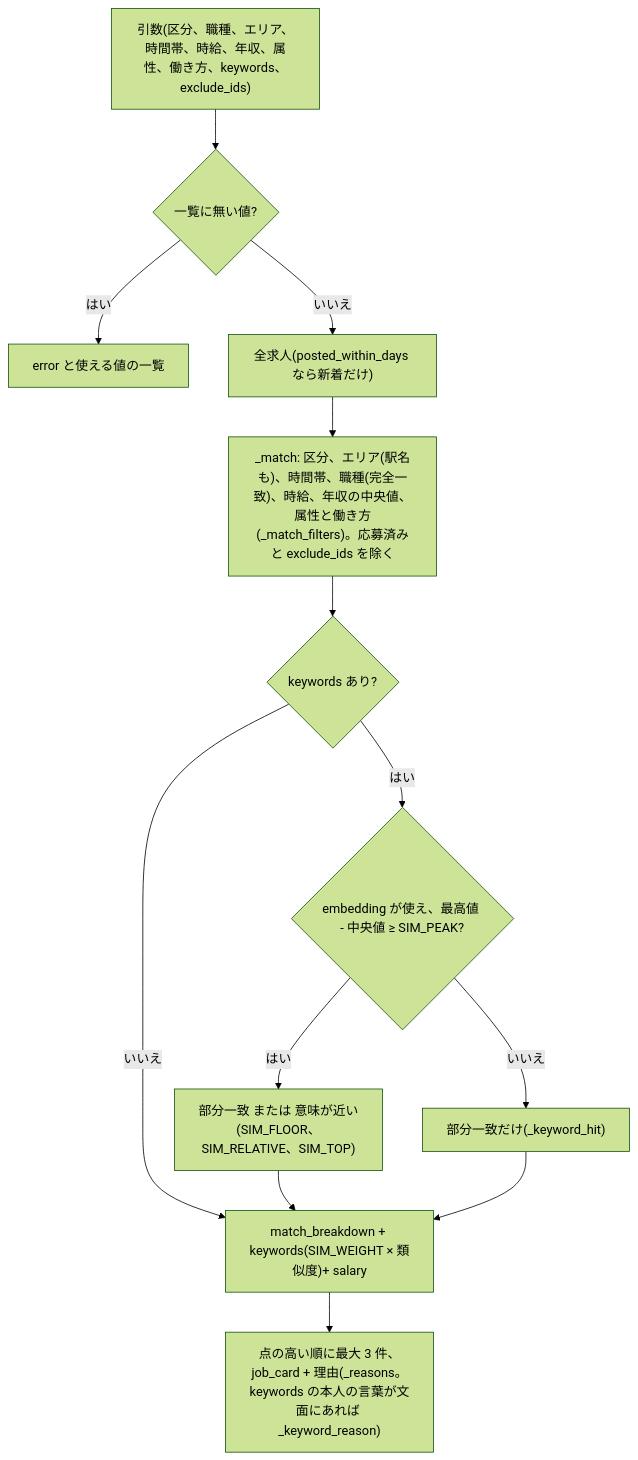
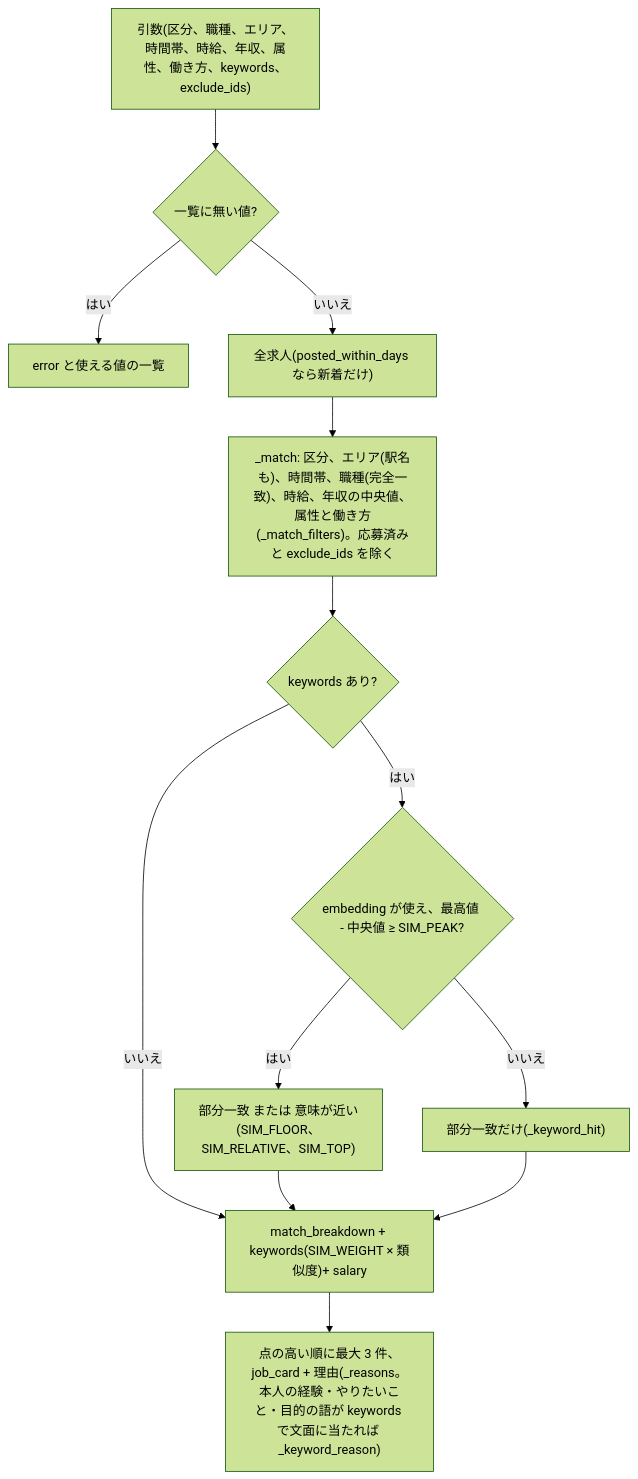
Before and after one commit to jyoka/aica: the tenth of 12 diagrams in docs/architecture/lld.md, drawn with Mermaid (forest theme). The commit also changed other lines of this file and 5 other files, not shown here.

````diff
--- a/docs/architecture/lld.md
+++ b/docs/architecture/lld.md
@@ -990,23 +990,23 @@
 ```mermaid
 flowchart TB
     args["引数(区分、職種、エリア、時間帯、時給、年収、属性、働き方、keywords、exclude_ids)"]
     err{"一覧に無い値?"}
     errout["error と使える値の一覧"]
     pool["全求人(posted_within_days なら新着だけ)"]
     match["_match: 区分、エリア(駅名も)、時間帯、職種(完全一致)、時給、年収の中央値、属性と働き方(_match_filters)。応募済みと exclude_ids を除く"]
     kw{"keywords あり?"}
     sem{"embedding が使え、最高値 - 中央値 ≥ SIM_PEAK?"}
     near["部分一致 または 意味が近い(SIM_FLOOR、SIM_RELATIVE、SIM_TOP)"]
     part["部分一致だけ(_keyword_hit)"]
     score["match_breakdown + keywords(SIM_WEIGHT × 類似度)+ salary"]
-    top["点の高い順に最大 3 件、job_card + 理由(_reasons。keywords の本人の言葉が文面にあれば _keyword_reason)"]
+    top["点の高い順に最大 3 件、job_card + 理由(_reasons。本人の経験・やりたいこと・目的の語が keywords で文面に当たれば _keyword_reason)"]
 
     args --> err
     err -- "はい" --> errout
     err -- "いいえ" --> pool --> match --> kw
     kw -- "いいえ" --> score
     kw -- "はい" --> sem
     sem -- "はい" --> near --> score
     sem -- "いいえ" --> part --> score
     score --> top
 ```
````
